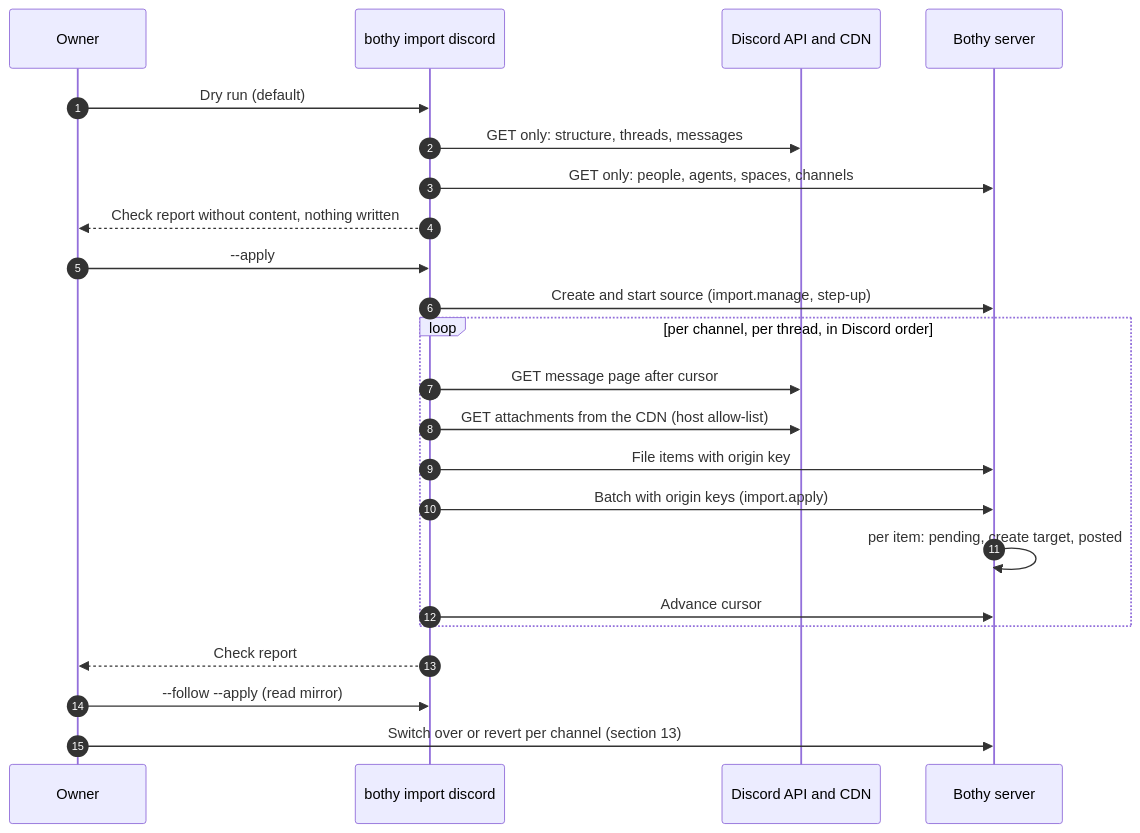
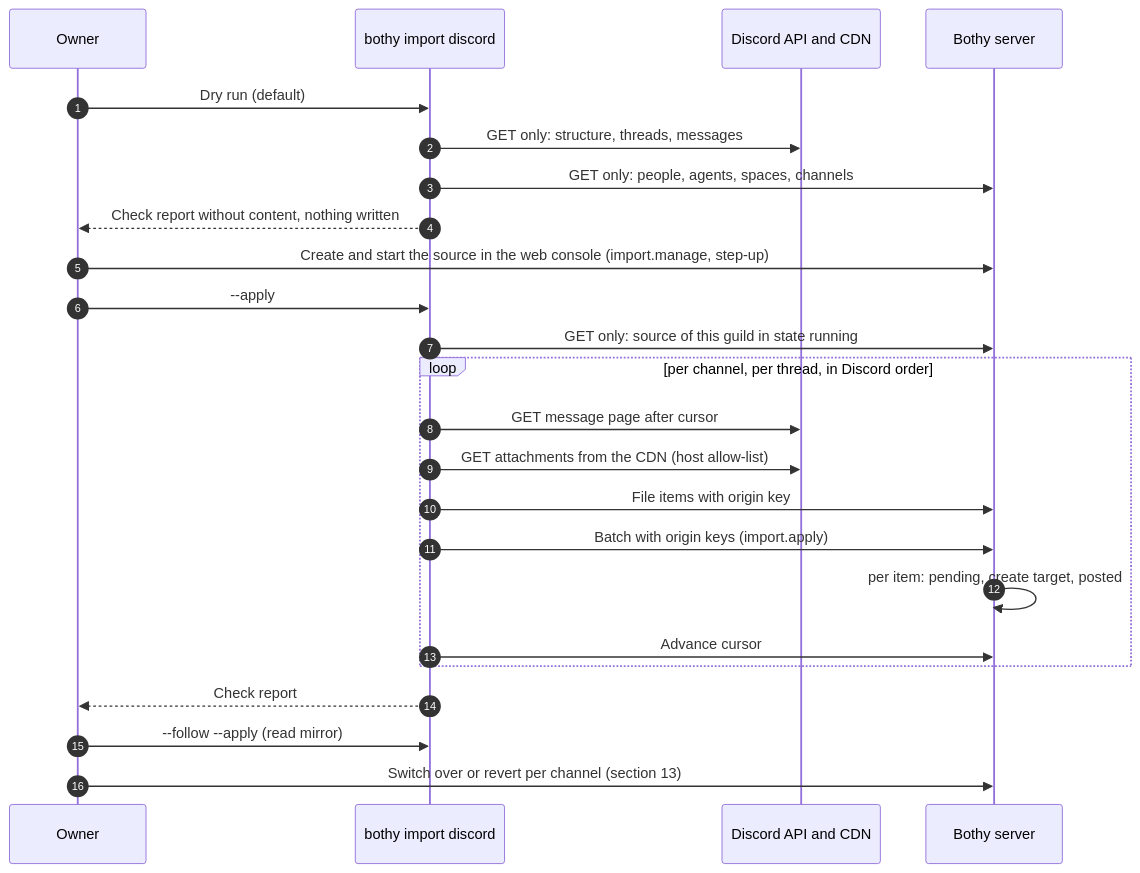
The first of 2 diagrams in docs/spec/22-import-migration.md (mguttmann/bothy), drawn with Mermaid before and after one commit. The commit also changed other lines of this file and 16 other files, not shown here.

````diff
--- a/docs/spec/22-import-migration.md
+++ b/docs/spec/22-import-migration.md
@@ -57,25 +57,26 @@
 ```mermaid
 sequenceDiagram
     autonumber
     participant O as Owner
     participant T as bothy import discord
     participant D as Discord API and CDN
     participant S as Bothy server
     O->>T: Dry run (default)
     T->>D: GET only: structure, threads, messages
     T->>S: GET only: people, agents, spaces, channels
     T-->>O: Check report without content, nothing written
+    O->>S: Create and start the source in the web console (import.manage, step-up)
     O->>T: --apply
-    T->>S: Create and start source (import.manage, step-up)
+    T->>S: GET only: source of this guild in state running
     loop per channel, per thread, in Discord order
         T->>D: GET message page after cursor
         T->>D: GET attachments from the CDN (host allow-list)
         T->>S: File items with origin key
         T->>S: Batch with origin keys (import.apply)
         S->>S: per item: pending, create target, posted
         T->>S: Advance cursor
     end
     T-->>O: Check report
     O->>T: --follow --apply (read mirror)
     O->>S: Switch over or revert per channel (section 13)
 ```
````
